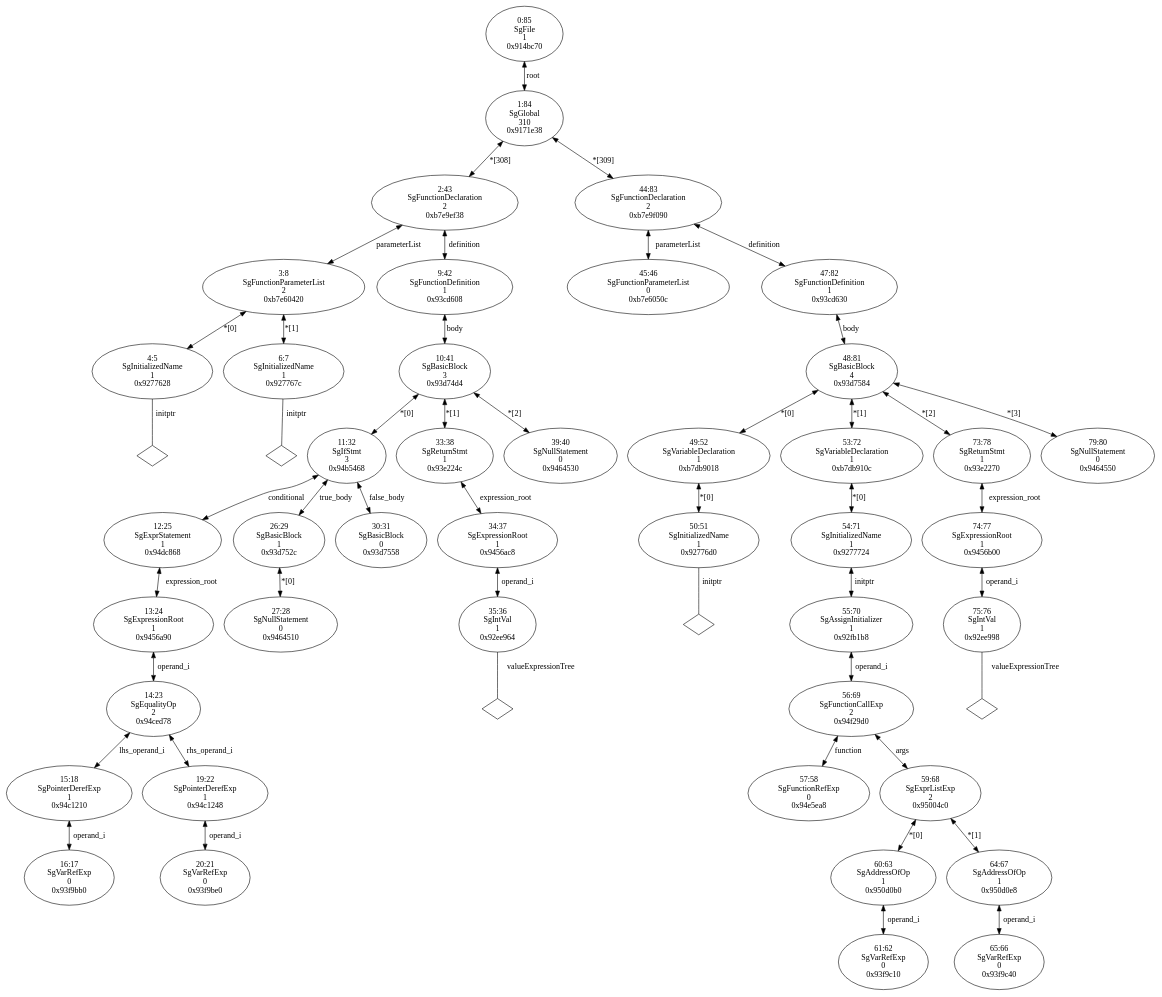
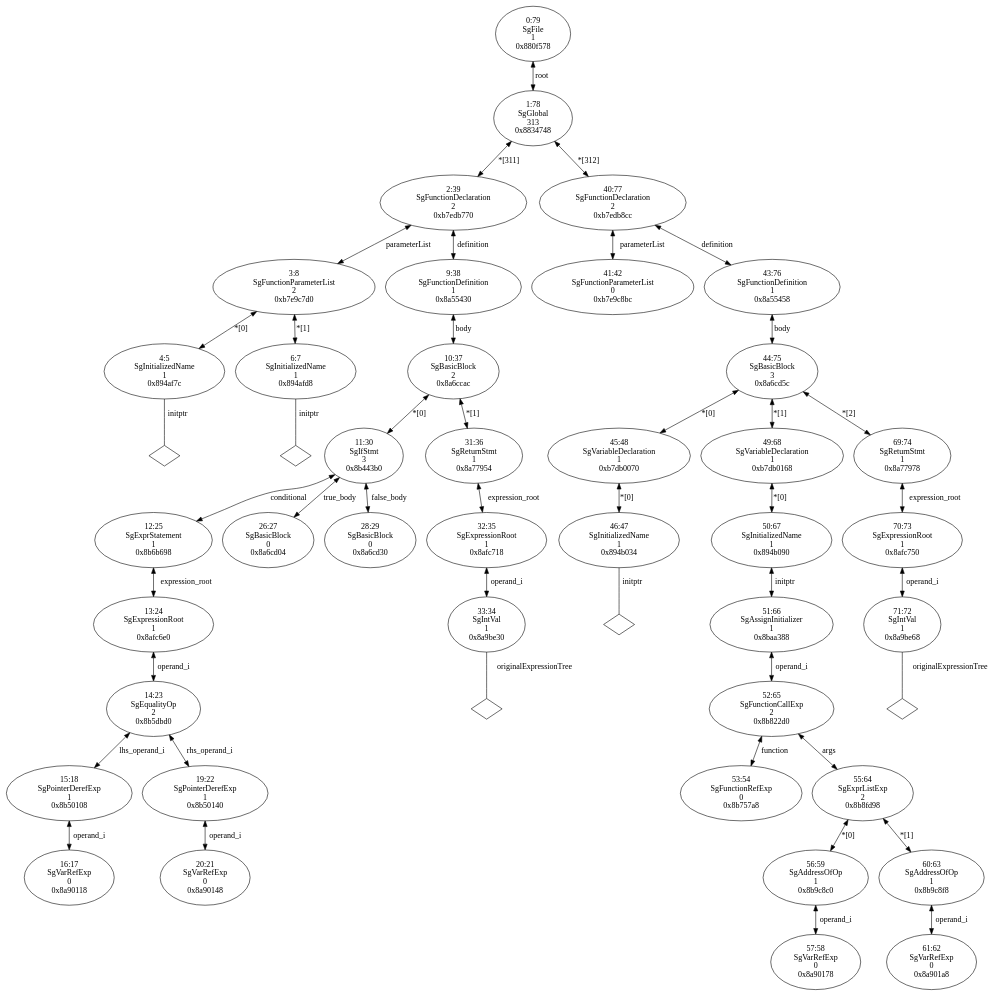
Before and after one commit to BackupTheBerlios/useoa-rose-svn: the diagram in branch/memRefExprRefactor/TestResults/AliasIRInterface/passIntPtr.c.dot, drawn with Graphviz. The commit also changed 48 other files, not shown here.

Commit message:
memRefExprRefactor branch I am testing references.  I also updated some of the dot files, but NOT with the normalization stuff turned on.

```diff
--- a/branch/memRefExprRefactor/TestResults/AliasIRInterface/passIntPtr.c.dot
+++ b/branch/memRefExprRefactor/TestResults/AliasIRInterface/passIntPtr.c.dot
@@ -1,97 +1,91 @@
 digraph "G./passIntPtr.c.dot" {
-"0x9277628"[label="4:5\nSgInitializedName\n1\n0x9277628\n" ];
-"0x9277628" -> "0x9277628__initptr__null"[label="initptr" dir=none ];
-"0x9277628__initptr__null"[label="" shape=diamond ];
-"0x927767c"[label="6:7\nSgInitializedName\n1\n0x927767c\n" ];
-"0x927767c" -> "0x927767c__initptr__null"[label="initptr" dir=none ];
-"0x927767c__initptr__null"[label="" shape=diamond ];
-"0xb7e60420"[label="3:8\nSgFunctionParameterList\n2\n0xb7e60420\n" ];
-"0xb7e60420" -> "0x9277628"[label="*[0]" dir=both ];
-"0xb7e60420" -> "0x927767c"[label="*[1]" dir=both ];
-"0x93f9bb0"[label="16:17\nSgVarRefExp\n0\n0x93f9bb0\n" ];
-"0x94c1210"[label="15:18\nSgPointerDerefExp\n1\n0x94c1210\n" ];
-"0x94c1210" -> "0x93f9bb0"[label="operand_i" dir=both ];
-"0x93f9be0"[label="20:21\nSgVarRefExp\n0\n0x93f9be0\n" ];
-"0x94c1248"[label="19:22\nSgPointerDerefExp\n1\n0x94c1248\n" ];
-"0x94c1248" -> "0x93f9be0"[label="operand_i" dir=both ];
-"0x94ced78"[label="14:23\nSgEqualityOp\n2\n0x94ced78\n" ];
-"0x94ced78" -> "0x94c1210"[label="lhs_operand_i" dir=both ];
-"0x94ced78" -> "0x94c1248"[label="rhs_operand_i" dir=both ];
-"0x9456a90"[label="13:24\nSgExpressionRoot\n1\n0x9456a90\n" ];
-"0x9456a90" -> "0x94ced78"[label="operand_i" dir=both ];
-"0x94dc868"[label="12:25\nSgExprStatement\n1\n0x94dc868\n" ];
-"0x94dc868" -> "0x9456a90"[label="expression_root" dir=both ];
-"0x9464510"[label="27:28\nSgNullStatement\n0\n0x9464510\n" ];
-"0x93d752c"[label="26:29\nSgBasicBlock\n1\n0x93d752c\n" ];
-"0x93d752c" -> "0x9464510"[label="*[0]" dir=both ];
-"0x93d7558"[label="30:31\nSgBasicBlock\n0\n0x93d7558\n" ];
-"0x94b5468"[label="11:32\nSgIfStmt\n3\n0x94b5468\n" ];
-"0x94b5468" -> "0x94dc868"[label="conditional" dir=both ];
-"0x94b5468" -> "0x93d752c"[label="true_body" dir=both ];
-"0x94b5468" -> "0x93d7558"[label="false_body" dir=both ];
-"0x92ee964"[label="35:36\nSgIntVal\n1\n0x92ee964\n" ];
-"0x92ee964" -> "0x92ee964__valueExpressionTree__null"[label="valueExpressionTree" dir=none ];
-"0x92ee964__valueExpressionTree__null"[label="" shape=diamond ];
-"0x9456ac8"[label="34:37\nSgExpressionRoot\n1\n0x9456ac8\n" ];
-"0x9456ac8" -> "0x92ee964"[label="operand_i" dir=both ];
-"0x93e224c"[label="33:38\nSgReturnStmt\n1\n0x93e224c\n" ];
-"0x93e224c" -> "0x9456ac8"[label="expression_root" dir=both ];
-"0x9464530"[label="39:40\nSgNullStatement\n0\n0x9464530\n" ];
-"0x93d74d4"[label="10:41\nSgBasicBlock\n3\n0x93d74d4\n" ];
-"0x93d74d4" -> "0x94b5468"[label="*[0]" dir=both ];
-"0x93d74d4" -> "0x93e224c"[label="*[1]" dir=both ];
-"0x93d74d4" -> "0x9464530"[label="*[2]" dir=both ];
-"0x93cd608"[label="9:42\nSgFunctionDefinition\n1\n0x93cd608\n" ];
-"0x93cd608" -> "0x93d74d4"[label="body" dir=both ];
-"0xb7e9ef38"[label="2:43\nSgFunctionDeclaration\n2\n0xb7e9ef38\n" ];
-"0xb7e9ef38" -> "0xb7e60420"[label="parameterList" dir=both ];
-"0xb7e9ef38" -> "0x93cd608"[label="definition" dir=both ];
-"0xb7e6050c"[label="45:46\nSgFunctionParameterList\n0\n0xb7e6050c\n" ];
-"0x92776d0"[label="50:51\nSgInitializedName\n1\n0x92776d0\n" ];
-"0x92776d0" -> "0x92776d0__initptr__null"[label="initptr" dir=none ];
-"0x92776d0__initptr__null"[label="" shape=diamond ];
-"0xb7db9018"[label="49:52\nSgVariableDeclaration\n1\n0xb7db9018\n" ];
-"0xb7db9018" -> "0x92776d0"[label="*[0]" dir=both ];
-"0x94e5ea8"[label="57:58\nSgFunctionRefExp\n0\n0x94e5ea8\n" ];
-"0x93f9c10"[label="61:62\nSgVarRefExp\n0\n0x93f9c10\n" ];
-"0x950d0b0"[label="60:63\nSgAddressOfOp\n1\n0x950d0b0\n" ];
-"0x950d0b0" -> "0x93f9c10"[label="operand_i" dir=both ];
-"0x93f9c40"[label="65:66\nSgVarRefExp\n0\n0x93f9c40\n" ];
-"0x950d0e8"[label="64:67\nSgAddressOfOp\n1\n0x950d0e8\n" ];
-"0x950d0e8" -> "0x93f9c40"[label="operand_i" dir=both ];
-"0x95004c0"[label="59:68\nSgExprListExp\n2\n0x95004c0\n" ];
-"0x95004c0" -> "0x950d0b0"[label="*[0]" dir=both ];
-"0x95004c0" -> "0x950d0e8"[label="*[1]" dir=both ];
-"0x94f29d0"[label="56:69\nSgFunctionCallExp\n2\n0x94f29d0\n" ];
-"0x94f29d0" -> "0x94e5ea8"[label="function" dir=both ];
-"0x94f29d0" -> "0x95004c0"[label="args" dir=both ];
-"0x92fb1b8"[label="55:70\nSgAssignInitializer\n1\n0x92fb1b8\n" ];
-"0x92fb1b8" -> "0x94f29d0"[label="operand_i" dir=both ];
-"0x9277724"[label="54:71\nSgInitializedName\n1\n0x9277724\n" ];
-"0x9277724" -> "0x92fb1b8"[label="initptr" dir=both ];
-"0xb7db910c"[label="53:72\nSgVariableDeclaration\n1\n0xb7db910c\n" ];
-"0xb7db910c" -> "0x9277724"[label="*[0]" dir=both ];
-"0x92ee998"[label="75:76\nSgIntVal\n1\n0x92ee998\n" ];
-"0x92ee998" -> "0x92ee998__valueExpressionTree__null"[label="valueExpressionTree" dir=none ];
-"0x92ee998__valueExpressionTree__null"[label="" shape=diamond ];
-"0x9456b00"[label="74:77\nSgExpressionRoot\n1\n0x9456b00\n" ];
-"0x9456b00" -> "0x92ee998"[label="operand_i" dir=both ];
-"0x93e2270"[label="73:78\nSgReturnStmt\n1\n0x93e2270\n" ];
-"0x93e2270" -> "0x9456b00"[label="expression_root" dir=both ];
-"0x9464550"[label="79:80\nSgNullStatement\n0\n0x9464550\n" ];
-"0x93d7584"[label="48:81\nSgBasicBlock\n4\n0x93d7584\n" ];
-"0x93d7584" -> "0xb7db9018"[label="*[0]" dir=both ];
-"0x93d7584" -> "0xb7db910c"[label="*[1]" dir=both ];
-"0x93d7584" -> "0x93e2270"[label="*[2]" dir=both ];
-"0x93d7584" -> "0x9464550"[label="*[3]" dir=both ];
-"0x93cd630"[label="47:82\nSgFunctionDefinition\n1\n0x93cd630\n" ];
-"0x93cd630" -> "0x93d7584"[label="body" dir=both ];
-"0xb7e9f090"[label="44:83\nSgFunctionDeclaration\n2\n0xb7e9f090\n" ];
-"0xb7e9f090" -> "0xb7e6050c"[label="parameterList" dir=both ];
-"0xb7e9f090" -> "0x93cd630"[label="definition" dir=both ];
-"0x9171e38"[label="1:84\nSgGlobal\n310\n0x9171e38\n" ];
-"0x9171e38" -> "0xb7e9ef38"[label="*[308]" dir=both ];
-"0x9171e38" -> "0xb7e9f090"[label="*[309]" dir=both ];
-"0x914bc70"[label="0:85\nSgFile\n1\n0x914bc70\n" ];
-"0x914bc70" -> "0x9171e38"[label="root" dir=both ];
+"0x894af7c"[label="4:5\nSgInitializedName\n1\n0x894af7c\n" ];
+"0x894af7c" -> "0x894af7c__initptr__null"[label="initptr" dir=none ];
+"0x894af7c__initptr__null"[label="" shape=diamond ];
+"0x894afd8"[label="6:7\nSgInitializedName\n1\n0x894afd8\n" ];
+"0x894afd8" -> "0x894afd8__initptr__null"[label="initptr" dir=none ];
+"0x894afd8__initptr__null"[label="" shape=diamond ];
+"0xb7e9c7d0"[label="3:8\nSgFunctionParameterList\n2\n0xb7e9c7d0\n" ];
+"0xb7e9c7d0" -> "0x894af7c"[label="*[0]" dir=both ];
+"0xb7e9c7d0" -> "0x894afd8"[label="*[1]" dir=both ];
+"0x8a90118"[label="16:17\nSgVarRefExp\n0\n0x8a90118\n" ];
+"0x8b50108"[label="15:18\nSgPointerDerefExp\n1\n0x8b50108\n" ];
+"0x8b50108" -> "0x8a90118"[label="operand_i" dir=both ];
+"0x8a90148"[label="20:21\nSgVarRefExp\n0\n0x8a90148\n" ];
+"0x8b50140"[label="19:22\nSgPointerDerefExp\n1\n0x8b50140\n" ];
+"0x8b50140" -> "0x8a90148"[label="operand_i" dir=both ];
+"0x8b5dbd0"[label="14:23\nSgEqualityOp\n2\n0x8b5dbd0\n" ];
+"0x8b5dbd0" -> "0x8b50108"[label="lhs_operand_i" dir=both ];
+"0x8b5dbd0" -> "0x8b50140"[label="rhs_operand_i" dir=both ];
+"0x8afc6e0"[label="13:24\nSgExpressionRoot\n1\n0x8afc6e0\n" ];
+"0x8afc6e0" -> "0x8b5dbd0"[label="operand_i" dir=both ];
+"0x8b6b698"[label="12:25\nSgExprStatement\n1\n0x8b6b698\n" ];
+"0x8b6b698" -> "0x8afc6e0"[label="expression_root" dir=both ];
+"0x8a6cd04"[label="26:27\nSgBasicBlock\n0\n0x8a6cd04\n" ];
+"0x8a6cd30"[label="28:29\nSgBasicBlock\n0\n0x8a6cd30\n" ];
+"0x8b443b0"[label="11:30\nSgIfStmt\n3\n0x8b443b0\n" ];
+"0x8b443b0" -> "0x8b6b698"[label="conditional" dir=both ];
+"0x8b443b0" -> "0x8a6cd04"[label="true_body" dir=both ];
+"0x8b443b0" -> "0x8a6cd30"[label="false_body" dir=both ];
+"0x8a9be30"[label="33:34\nSgIntVal\n1\n0x8a9be30\n" ];
+"0x8a9be30" -> "0x8a9be30__originalExpressionTree__null"[label="originalExpressionTree" dir=none ];
+"0x8a9be30__originalExpressionTree__null"[label="" shape=diamond ];
+"0x8afc718"[label="32:35\nSgExpressionRoot\n1\n0x8afc718\n" ];
+"0x8afc718" -> "0x8a9be30"[label="operand_i" dir=both ];
+"0x8a77954"[label="31:36\nSgReturnStmt\n1\n0x8a77954\n" ];
+"0x8a77954" -> "0x8afc718"[label="expression_root" dir=both ];
+"0x8a6ccac"[label="10:37\nSgBasicBlock\n2\n0x8a6ccac\n" ];
+"0x8a6ccac" -> "0x8b443b0"[label="*[0]" dir=both ];
+"0x8a6ccac" -> "0x8a77954"[label="*[1]" dir=both ];
+"0x8a55430"[label="9:38\nSgFunctionDefinition\n1\n0x8a55430\n" ];
+"0x8a55430" -> "0x8a6ccac"[label="body" dir=both ];
+"0xb7edb770"[label="2:39\nSgFunctionDeclaration\n2\n0xb7edb770\n" ];
+"0xb7edb770" -> "0xb7e9c7d0"[label="parameterList" dir=both ];
+"0xb7edb770" -> "0x8a55430"[label="definition" dir=both ];
+"0xb7e9c8bc"[label="41:42\nSgFunctionParameterList\n0\n0xb7e9c8bc\n" ];
+"0x894b034"[label="46:47\nSgInitializedName\n1\n0x894b034\n" ];
+"0x894b034" -> "0x894b034__initptr__null"[label="initptr" dir=none ];
+"0x894b034__initptr__null"[label="" shape=diamond ];
+"0xb7db0070"[label="45:48\nSgVariableDeclaration\n1\n0xb7db0070\n" ];
+"0xb7db0070" -> "0x894b034"[label="*[0]" dir=both ];
+"0x8b757a8"[label="53:54\nSgFunctionRefExp\n0\n0x8b757a8\n" ];
+"0x8a90178"[label="57:58\nSgVarRefExp\n0\n0x8a90178\n" ];
+"0x8b9c8c0"[label="56:59\nSgAddressOfOp\n1\n0x8b9c8c0\n" ];
+"0x8b9c8c0" -> "0x8a90178"[label="operand_i" dir=both ];
+"0x8a901a8"[label="61:62\nSgVarRefExp\n0\n0x8a901a8\n" ];
+"0x8b9c8f8"[label="60:63\nSgAddressOfOp\n1\n0x8b9c8f8\n" ];
+"0x8b9c8f8" -> "0x8a901a8"[label="operand_i" dir=both ];
+"0x8b8fd98"[label="55:64\nSgExprListExp\n2\n0x8b8fd98\n" ];
+"0x8b8fd98" -> "0x8b9c8c0"[label="*[0]" dir=both ];
+"0x8b8fd98" -> "0x8b9c8f8"[label="*[1]" dir=both ];
+"0x8b822d0"[label="52:65\nSgFunctionCallExp\n2\n0x8b822d0\n" ];
+"0x8b822d0" -> "0x8b757a8"[label="function" dir=both ];
+"0x8b822d0" -> "0x8b8fd98"[label="args" dir=both ];
+"0x8baa388"[label="51:66\nSgAssignInitializer\n1\n0x8baa388\n" ];
+"0x8baa388" -> "0x8b822d0"[label="operand_i" dir=both ];
+"0x894b090"[label="50:67\nSgInitializedName\n1\n0x894b090\n" ];
+"0x894b090" -> "0x8baa388"[label="initptr" dir=both ];
+"0xb7db0168"[label="49:68\nSgVariableDeclaration\n1\n0xb7db0168\n" ];
+"0xb7db0168" -> "0x894b090"[label="*[0]" dir=both ];
+"0x8a9be68"[label="71:72\nSgIntVal\n1\n0x8a9be68\n" ];
+"0x8a9be68" -> "0x8a9be68__originalExpressionTree__null"[label="originalExpressionTree" dir=none ];
+"0x8a9be68__originalExpressionTree__null"[label="" shape=diamond ];
+"0x8afc750"[label="70:73\nSgExpressionRoot\n1\n0x8afc750\n" ];
+"0x8afc750" -> "0x8a9be68"[label="operand_i" dir=both ];
+"0x8a77978"[label="69:74\nSgReturnStmt\n1\n0x8a77978\n" ];
+"0x8a77978" -> "0x8afc750"[label="expression_root" dir=both ];
+"0x8a6cd5c"[label="44:75\nSgBasicBlock\n3\n0x8a6cd5c\n" ];
+"0x8a6cd5c" -> "0xb7db0070"[label="*[0]" dir=both ];
+"0x8a6cd5c" -> "0xb7db0168"[label="*[1]" dir=both ];
+"0x8a6cd5c" -> "0x8a77978"[label="*[2]" dir=both ];
+"0x8a55458"[label="43:76\nSgFunctionDefinition\n1\n0x8a55458\n" ];
+"0x8a55458" -> "0x8a6cd5c"[label="body" dir=both ];
+"0xb7edb8cc"[label="40:77\nSgFunctionDeclaration\n2\n0xb7edb8cc\n" ];
+"0xb7edb8cc" -> "0xb7e9c8bc"[label="parameterList" dir=both ];
+"0xb7edb8cc" -> "0x8a55458"[label="definition" dir=both ];
+"0x8834748"[label="1:78\nSgGlobal\n313\n0x8834748\n" ];
+"0x8834748" -> "0xb7edb770"[label="*[311]" dir=both ];
+"0x8834748" -> "0xb7edb8cc"[label="*[312]" dir=both ];
+"0x880f578"[label="0:79\nSgFile\n1\n0x880f578\n" ];
+"0x880f578" -> "0x8834748"[label="root" dir=both ];
 }
```
